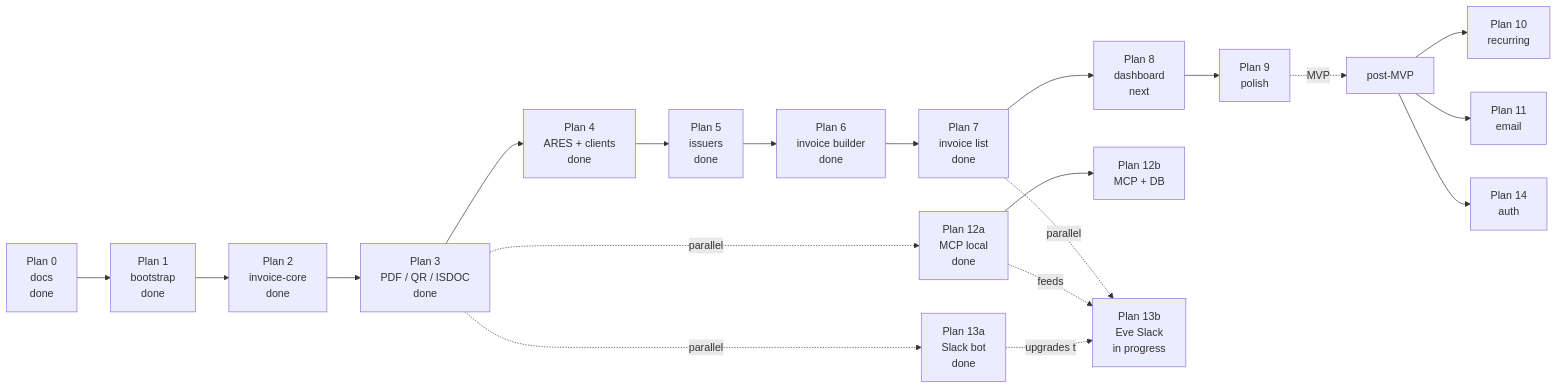
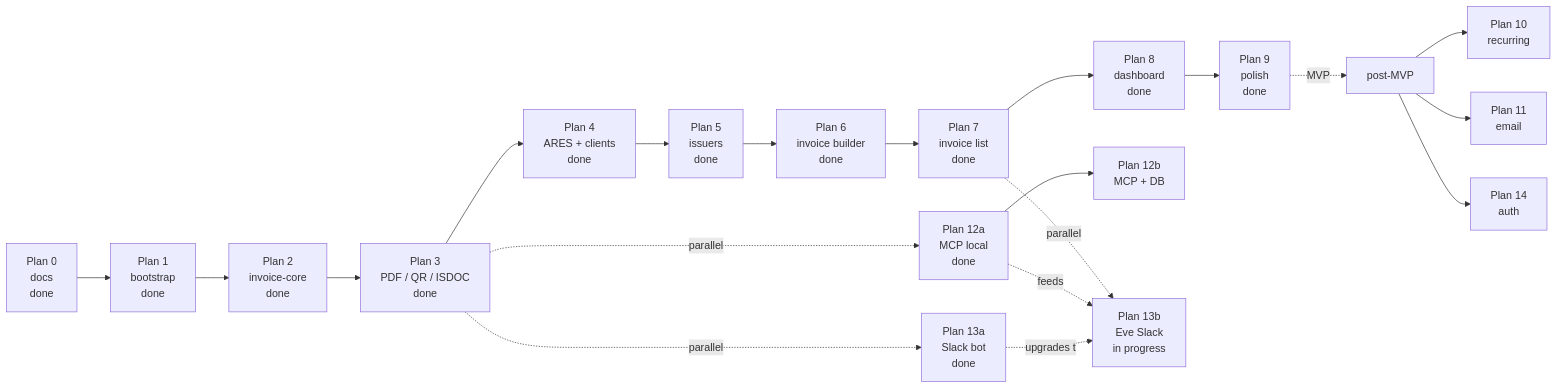
Before and after one commit to filipditrich/inveoiceyai: the diagram in docs/roadmap.md, drawn with Mermaid. The commit also changed other lines of this file and 30 other files, not shown here.

First line of the commit message:
feat(web): finish Plans 8–9 dashboard, polish, and PDF preview

````diff
--- a/docs/roadmap.md
+++ b/docs/roadmap.md
@@ -7,22 +7,22 @@
 ```mermaid
 flowchart LR
     P0["Plan 0<br/>docs<br/>done"] --> P1["Plan 1<br/>bootstrap<br/>done"]
     P1 --> P2["Plan 2<br/>invoice-core<br/>done"]
     P2 --> P3["Plan 3<br/>PDF / QR / ISDOC<br/>done"]
     P3 --> P4["Plan 4<br/>ARES + clients<br/>done"]
     P4 --> P5["Plan 5<br/>issuers<br/>done"]
     P5 --> P6["Plan 6<br/>invoice builder<br/>done"]
     P6 --> P7["Plan 7<br/>invoice list<br/>done"]
-    P7 --> P8["Plan 8<br/>dashboard<br/>next"]
-    P8 --> P9["Plan 9<br/>polish"]
+    P7 --> P8["Plan 8<br/>dashboard<br/>done"]
+    P8 --> P9["Plan 9<br/>polish<br/>done"]
     P3 -.parallel.-> P13a["Plan 13a<br/>Slack bot<br/>done"]
     P3 -.parallel.-> P12a["Plan 12a<br/>MCP local<br/>done"]
     P9 -.MVP.-> Post["post-MVP"]
     Post --> P10["Plan 10<br/>recurring"]
     Post --> P11["Plan 11<br/>email"]
     P12a --> P12b["Plan 12b<br/>MCP + DB"]
     P7 -.parallel.-> P13b["Plan 13b<br/>Eve Slack<br/>in progress"]
     Post --> P14["Plan 14<br/>auth"]
     P12a -.feeds.-> P13b
     P13a -.upgrades to.-> P13b
 ```
````
